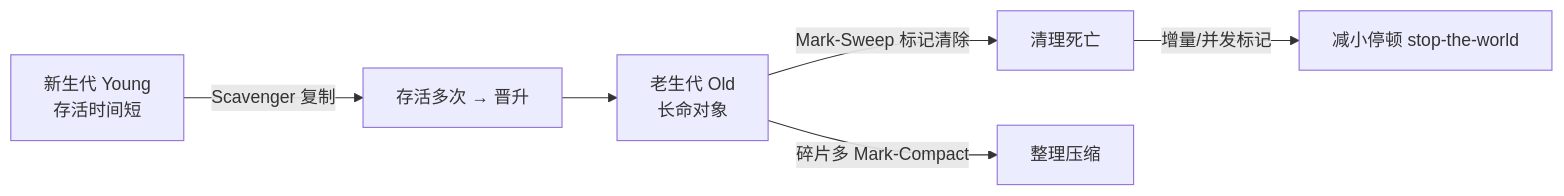
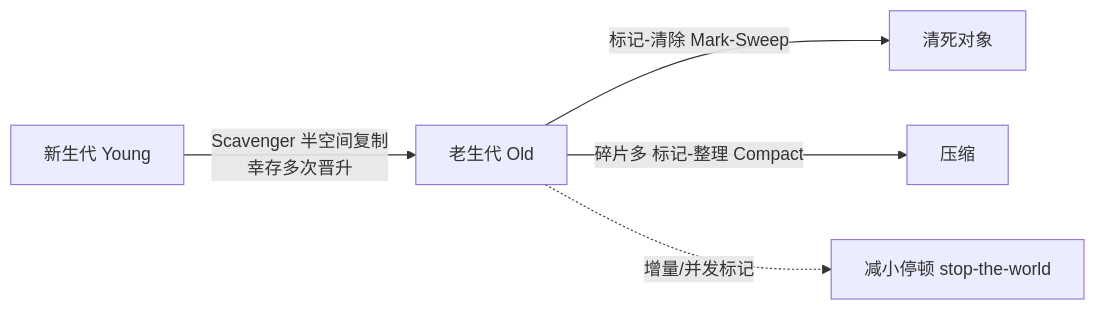
The second of 2 diagrams in frontend-knowledge-base/卷二-浏览器工作原理/2.6-V8引擎与内存.md (inspire-man/frontend-knowledge-base), drawn with Mermaid before and after one commit. The commit also changed other lines of this file and 1 other file, not shown here.

````diff
--- a/frontend-knowledge-base/卷二-浏览器工作原理/2.6-V8引擎与内存.md
+++ b/frontend-knowledge-base/卷二-浏览器工作原理/2.6-V8引擎与内存.md
@@ -50,8 +49,7 @@
 ```mermaid
 flowchart LR
-    A[新生代 Young<br/>存活时间短] -->|Scavenger 复制| B[存活多次 → 晋升]
-    B --> C[老生代 Old<br/>长命对象]
-    C -->|Mark-Sweep 标记清除| D[清理死亡]
-    C -->|碎片多 Mark-Compact| E[整理压缩]
-    D -->|增量/并发标记| F[减小停顿 stop-the-world]
+    A[新生代 Young] -->|Scavenger 半空间复制<br/>幸存多次晋升| C[老生代 Old]
+    C -->|标记-清除 Mark-Sweep| D[清死对象]
+    C -->|碎片多 标记-整理 Compact| E[压缩]
+    C -.->|增量/并发标记| F[减小停顿 stop-the-world]
 ```
````
